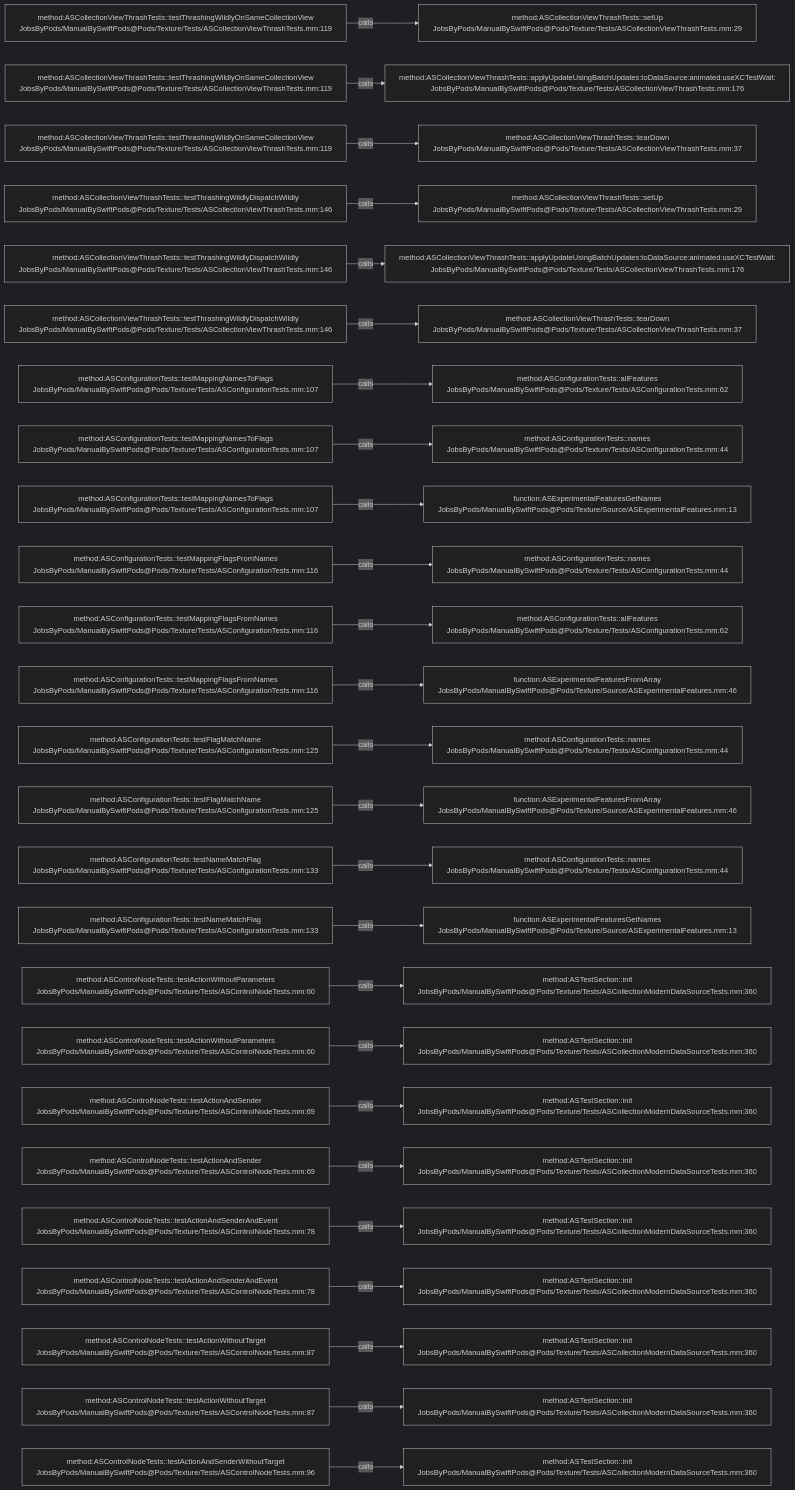
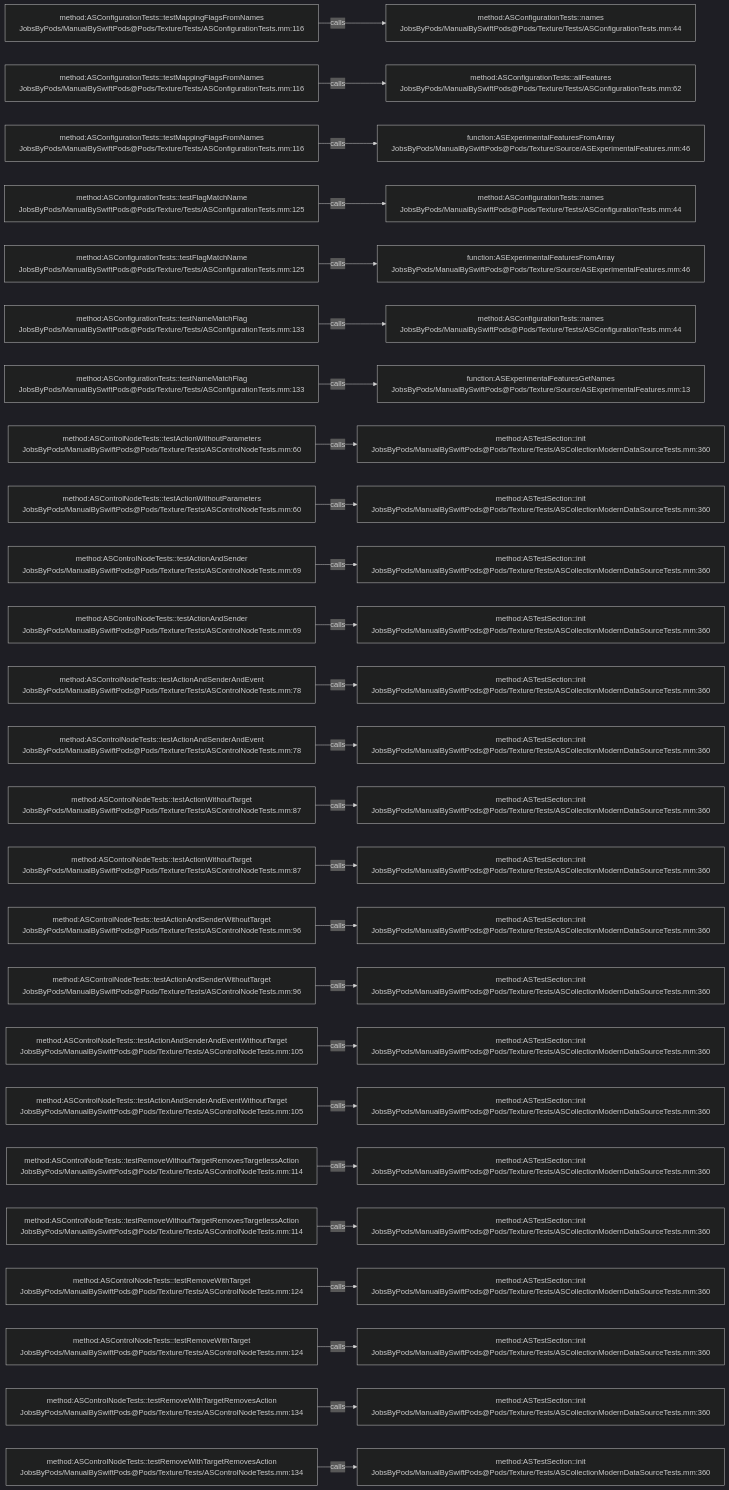
One commit to JobsKits/JobsSwiftBaseConfigDemo changed the diagram in .codegraph/codegraph.md/graphs/calls-175.md. Above: the diagram before and after it, drawn with Mermaid (dark theme). The commit also changed 707 other files, not shown here.

````diff
--- a/.codegraph/codegraph.md/graphs/calls-175.md
+++ b/.codegraph/codegraph.md/graphs/calls-175.md
@@ -13,78 +13,78 @@
 ```mermaid
 flowchart LR
-  S1["method:ASCollectionViewThrashTests::testThrashingWildlyOnSameCollectionView<br/>JobsByPods/ManualBySwiftPods@Pods/Texture/Tests/ASCollectionViewThrashTests.mm:119"]
-  T1["method:ASCollectionViewThrashTests::setUp<br/>JobsByPods/ManualBySwiftPods@Pods/Texture/Tests/ASCollectionViewThrashTests.mm:29"]
+  S1["method:ASConfigurationTests::testMappingFlagsFromNames<br/>JobsByPods/ManualBySwiftPods@Pods/Texture/Tests/ASConfigurationTests.mm:116"]
+  T1["method:ASConfigurationTests::names<br/>JobsByPods/ManualBySwiftPods@Pods/Texture/Tests/ASConfigurationTests.mm:44"]
   S1 -->|calls| T1
-  S2["method:ASCollectionViewThrashTests::testThrashingWildlyOnSameCollectionView<br/>JobsByPods/ManualBySwiftPods@Pods/Texture/Tests/ASCollectionViewThrashTests.mm:119"]
-  T2["method:ASCollectionViewThrashTests::applyUpdateUsingBatchUpdates:toDataSource:animated:useXCTestWait:<br/>JobsByPods/ManualBySwiftPods@Pods/Texture/Tests/ASCollectionViewThrashTests.mm:176"]
+  S2["method:ASConfigurationTests::testMappingFlagsFromNames<br/>JobsByPods/ManualBySwiftPods@Pods/Texture/Tests/ASConfigurationTests.mm:116"]
+  T2["method:ASConfigurationTests::allFeatures<br/>JobsByPods/ManualBySwiftPods@Pods/Texture/Tests/ASConfigurationTests.mm:62"]
   S2 -->|calls| T2
-  S3["method:ASCollectionViewThrashTests::testThrashingWildlyOnSameCollectionView<br/>JobsByPods/ManualBySwiftPods@Pods/Texture/Tests/ASCollectionViewThrashTests.mm:119"]
-  T3["method:ASCollectionViewThrashTests::tearDown<br/>JobsByPods/ManualBySwiftPods@Pods/Texture/Tests/ASCollectionViewThrashTests.mm:37"]
+  S3["method:ASConfigurationTests::testMappingFlagsFromNames<br/>JobsByPods/ManualBySwiftPods@Pods/Texture/Tests/ASConfigurationTests.mm:116"]
+  T3["function:ASExperimentalFeaturesFromArray<br/>JobsByPods/ManualBySwiftPods@Pods/Texture/Source/ASExperimentalFeatures.mm:46"]
   S3 -->|calls| T3
-  S4["method:ASCollectionViewThrashTests::testThrashingWildlyDispatchWildly<br/>JobsByPods/ManualBySwiftPods@Pods/Texture/Tests/ASCollectionViewThrashTests.mm:146"]
-  T4["method:ASCollectionViewThrashTests::setUp<br/>JobsByPods/ManualBySwiftPods@Pods/Texture/Tests/ASCollectionViewThrashTests.mm:29"]
+  S4["method:ASConfigurationTests::testFlagMatchName<br/>JobsByPods/ManualBySwiftPods@Pods/Texture/Tests/ASConfigurationTests.mm:125"]
+  T4["method:ASConfigurationTests::names<br/>JobsByPods/ManualBySwiftPods@Pods/Texture/Tests/ASConfigurationTests.mm:44"]
   S4 -->|calls| T4
-  S5["method:ASCollectionViewThrashTests::testThrashingWildlyDispatchWildly<br/>JobsByPods/ManualBySwiftPods@Pods/Texture/Tests/ASCollectionViewThrashTests.mm:146"]
-  T5["method:ASCollectionViewThrashTests::applyUpdateUsingBatchUpdates:toDataSource:animated:useXCTestWait:<br/>JobsByPods/ManualBySwiftPods@Pods/Texture/Tests/ASCollectionViewThrashTests.mm:176"]
+  S5["method:ASConfigurationTests::testFlagMatchName<br/>JobsByPods/ManualBySwiftPods@Pods/Texture/Tests/ASConfigurationTests.mm:125"]
+  T5["function:ASExperimentalFeaturesFromArray<br/>JobsByPods/ManualBySwiftPods@Pods/Texture/Source/ASExperimentalFeatures.mm:46"]
   S5 -->|calls| T5
-  S6["method:ASCollectionViewThrashTests::testThrashingWildlyDispatchWildly<br/>JobsByPods/ManualBySwiftPods@Pods/Texture/Tests/ASCollectionViewThrashTests.mm:146"]
-  T6["method:ASCollectionViewThrashTests::tearDown<br/>JobsByPods/ManualBySwiftPods@Pods/Texture/Tests/ASCollectionViewThrashTests.mm:37"]
+  S6["method:ASConfigurationTests::testNameMatchFlag<br/>JobsByPods/ManualBySwiftPods@Pods/Texture/Tests/ASConfigurationTests.mm:133"]
+  T6["method:ASConfigurationTests::names<br/>JobsByPods/ManualBySwiftPods@Pods/Texture/Tests/ASConfigurationTests.mm:44"]
   S6 -->|calls| T6
-  S7["method:ASConfigurationTests::testMappingNamesToFlags<br/>JobsByPods/ManualBySwiftPods@Pods/Texture/Tests/ASConfigurationTests.mm:107"]
-  T7["method:ASConfigurationTests::allFeatures<br/>JobsByPods/ManualBySwiftPods@Pods/Texture/Tests/ASConfigurationTests.mm:62"]
+  S7["method:ASConfigurationTests::testNameMatchFlag<br/>JobsByPods/ManualBySwiftPods@Pods/Texture/Tests/ASConfigurationTests.mm:133"]
+  T7["function:ASExperimentalFeaturesGetNames<br/>JobsByPods/ManualBySwiftPods@Pods/Texture/Source/ASExperimentalFeatures.mm:13"]
   S7 -->|calls| T7
-  S8["method:ASConfigurationTests::testMappingNamesToFlags<br/>JobsByPods/ManualBySwiftPods@Pods/Texture/Tests/ASConfigurationTests.mm:107"]
-  T8["method:ASConfigurationTests::names<br/>JobsByPods/ManualBySwiftPods@Pods/Texture/Tests/ASConfigurationTests.mm:44"]
+  S8["method:ASControlNodeTests::testActionWithoutParameters<br/>JobsByPods/ManualBySwiftPods@Pods/Texture/Tests/ASControlNodeTests.mm:60"]
+  T8["method:ASTestSection::init<br/>JobsByPods/ManualBySwiftPods@Pods/Texture/Tests/ASCollectionModernDataSourceTests.mm:360"]
   S8 -->|calls| T8
-  S9["method:ASConfigurationTests::testMappingNamesToFlags<br/>JobsByPods/ManualBySwiftPods@Pods/Texture/Tests/ASConfigurationTests.mm:107"]
-  T9["function:ASExperimentalFeaturesGetNames<br/>JobsByPods/ManualBySwiftPods@Pods/Texture/Source/ASExperimentalFeatures.mm:13"]
+  S9["method:ASControlNodeTests::testActionWithoutParameters<br/>JobsByPods/ManualBySwiftPods@Pods/Texture/Tests/ASControlNodeTests.mm:60"]
+  T9["method:ASTestSection::init<br/>JobsByPods/ManualBySwiftPods@Pods/Texture/Tests/ASCollectionModernDataSourceTests.mm:360"]
   S9 -->|calls| T9
-  S10["method:ASConfigurationTests::testMappingFlagsFromNames<br/>JobsByPods/ManualBySwiftPods@Pods/Texture/Tests/ASConfigurationTests.mm:116"]
-  T10["method:ASConfigurationTests::names<br/>JobsByPods/ManualBySwiftPods@Pods/Texture/Tests/ASConfigurationTests.mm:44"]
+  S10["method:ASControlNodeTests::testActionAndSender<br/>JobsByPods/ManualBySwiftPods@Pods/Texture/Tests/ASControlNodeTests.mm:69"]
+  T10["method:ASTestSection::init<br/>JobsByPods/ManualBySwiftPods@Pods/Texture/Tests/ASCollectionModernDataSourceTests.mm:360"]
   S10 -->|calls| T10
-  S11["method:ASConfigurationTests::testMappingFlagsFromNames<br/>JobsByPods/ManualBySwiftPods@Pods/Texture/Tests/ASConfigurationTests.mm:116"]
-  T11["method:ASConfigurationTests::allFeatures<br/>JobsByPods/ManualBySwiftPods@Pods/Texture/Tests/ASConfigurationTests.mm:62"]
+  S11["method:ASControlNodeTests::testActionAndSender<br/>JobsByPods/ManualBySwiftPods@Pods/Texture/Tests/ASControlNodeTests.mm:69"]
+  T11["method:ASTestSection::init<br/>JobsByPods/ManualBySwiftPods@Pods/Texture/Tests/ASCollectionModernDataSourceTests.mm:360"]
   S11 -->|calls| T11
-  S12["method:ASConfigurationTests::testMappingFlagsFromNames<br/>JobsByPods/ManualBySwiftPods@Pods/Texture/Tests/ASConfigurationTests.mm:116"]
-  T12["function:ASExperimentalFeaturesFromArray<br/>JobsByPods/ManualBySwiftPods@Pods/Texture/Source/ASExperimentalFeatures.mm:46"]
+  S12["method:ASControlNodeTests::testActionAndSenderAndEvent<br/>JobsByPods/ManualBySwiftPods@Pods/Texture/Tests/ASControlNodeTests.mm:78"]
+  T12["method:ASTestSection::init<br/>JobsByPods/ManualBySwiftPods@Pods/Texture/Tests/ASCollectionModernDataSourceTests.mm:360"]
   S12 -->|calls| T12
-  S13["method:ASConfigurationTests::testFlagMatchName<br/>JobsByPods/ManualBySwiftPods@Pods/Texture/Tests/ASConfigurationTests.mm:125"]
-  T13["method:ASConfigurationTests::names<br/>JobsByPods/ManualBySwiftPods@Pods/Texture/Tests/ASConfigurationTests.mm:44"]
+  S13["method:ASControlNodeTests::testActionAndSenderAndEvent<br/>JobsByPods/ManualBySwiftPods@Pods/Texture/Tests/ASControlNodeTests.mm:78"]
+  T13["method:ASTestSection::init<br/>JobsByPods/ManualBySwiftPods@Pods/Texture/Tests/ASCollectionModernDataSourceTests.mm:360"]
   S13 -->|calls| T13
-  S14["method:ASConfigurationTests::testFlagMatchName<br/>JobsByPods/ManualBySwiftPods@Pods/Texture/Tests/ASConfigurationTests.mm:125"]
-  T14["function:ASExperimentalFeaturesFromArray<br/>JobsByPods/ManualBySwiftPods@Pods/Texture/Source/ASExperimentalFeatures.mm:46"]
+  S14["method:ASControlNodeTests::testActionWithoutTarget<br/>JobsByPods/ManualBySwiftPods@Pods/Texture/Tests/ASControlNodeTests.mm:87"]
+  T14["method:ASTestSection::init<br/>JobsByPods/ManualBySwiftPods@Pods/Texture/Tests/ASCollectionModernDataSourceTests.mm:360"]
   S14 -->|calls| T14
-  S15["method:ASConfigurationTests::testNameMatchFlag<br/>JobsByPods/ManualBySwiftPods@Pods/Texture/Tests/ASConfigurationTests.mm:133"]
-  T15["method:ASConfigurationTests::names<br/>JobsByPods/ManualBySwiftPods@Pods/Texture/Tests/ASConfigurationTests.mm:44"]
+  S15["method:ASControlNodeTests::testActionWithoutTarget<br/>JobsByPods/ManualBySwiftPods@Pods/Texture/Tests/ASControlNodeTests.mm:87"]
+  T15["method:ASTestSection::init<br/>JobsByPods/ManualBySwiftPods@Pods/Texture/Tests/ASCollectionModernDataSourceTests.mm:360"]
   S15 -->|calls| T15
-  S16["method:ASConfigurationTests::testNameMatchFlag<br/>JobsByPods/ManualBySwiftPods@Pods/Texture/Tests/ASConfigurationTests.mm:133"]
-  T16["function:ASExperimentalFeaturesGetNames<br/>JobsByPods/ManualBySwiftPods@Pods/Texture/Source/ASExperimentalFeatures.mm:13"]
+  S16["method:ASControlNodeTests::testActionAndSenderWithoutTarget<br/>JobsByPods/ManualBySwiftPods@Pods/Texture/Tests/ASControlNodeTests.mm:96"]
+  T16["method:ASTestSection::init<br/>JobsByPods/ManualBySwiftPods@Pods/Texture/Tests/ASCollectionModernDataSourceTests.mm:360"]
   S16 -->|calls| T16
-  S17["method:ASControlNodeTests::testActionWithoutParameters<br/>JobsByPods/ManualBySwiftPods@Pods/Texture/Tests/ASControlNodeTests.mm:60"]
+  S17["method:ASControlNodeTests::testActionAndSenderWithoutTarget<br/>JobsByPods/ManualBySwiftPods@Pods/Texture/Tests/ASControlNodeTests.mm:96"]
   T17["method:ASTestSection::init<br/>JobsByPods/ManualBySwiftPods@Pods/Texture/Tests/ASCollectionModernDataSourceTests.mm:360"]
   S17 -->|calls| T17
-  S18["method:ASControlNodeTests::testActionWithoutParameters<br/>JobsByPods/ManualBySwiftPods@Pods/Texture/Tests/ASControlNodeTests.mm:60"]
+  S18["method:ASControlNodeTests::testActionAndSenderAndEventWithoutTarget<br/>JobsByPods/ManualBySwiftPods@Pods/Texture/Tests/ASControlNodeTests.mm:105"]
   T18["method:ASTestSection::init<br/>JobsByPods/ManualBySwiftPods@Pods/Texture/Tests/ASCollectionModernDataSourceTests.mm:360"]
   S18 -->|calls| T18
-  S19["method:ASControlNodeTests::testActionAndSender<br/>JobsByPods/ManualBySwiftPods@Pods/Texture/Tests/ASControlNodeTests.mm:69"]
+  S19["method:ASControlNodeTests::testActionAndSenderAndEventWithoutTarget<br/>JobsByPods/ManualBySwiftPods@Pods/Texture/Tests/ASControlNodeTests.mm:105"]
   T19["method:ASTestSection::init<br/>JobsByPods/ManualBySwiftPods@Pods/Texture/Tests/ASCollectionModernDataSourceTests.mm:360"]
   S19 -->|calls| T19
-  S20["method:ASControlNodeTests::testActionAndSender<br/>JobsByPods/ManualBySwiftPods@Pods/Texture/Tests/ASControlNodeTests.mm:69"]
+  S20["method:ASControlNodeTests::testRemoveWithoutTargetRemovesTargetlessAction<br/>JobsByPods/ManualBySwiftPods@Pods/Texture/Tests/ASControlNodeTests.mm:114"]
   T20["method:ASTestSection::init<br/>JobsByPods/ManualBySwiftPods@Pods/Texture/Tests/ASCollectionModernDataSourceTests.mm:360"]
   S20 -->|calls| T20
-  S21["method:ASControlNodeTests::testActionAndSenderAndEvent<br/>JobsByPods/ManualBySwiftPods@Pods/Texture/Tests/ASControlNodeTests.mm:78"]
+  S21["method:ASControlNodeTests::testRemoveWithoutTargetRemovesTargetlessAction<br/>JobsByPods/ManualBySwiftPods@Pods/Texture/Tests/ASControlNodeTests.mm:114"]
   T21["method:ASTestSection::init<br/>JobsByPods/ManualBySwiftPods@Pods/Texture/Tests/ASCollectionModernDataSourceTests.mm:360"]
   S21 -->|calls| T21
-  S22["method:ASControlNodeTests::testActionAndSenderAndEvent<br/>JobsByPods/ManualBySwiftPods@Pods/Texture/Tests/ASControlNodeTests.mm:78"]
+  S22["method:ASControlNodeTests::testRemoveWithTarget<br/>JobsByPods/ManualBySwiftPods@Pods/Texture/Tests/ASControlNodeTests.mm:124"]
   T22["method:ASTestSection::init<br/>JobsByPods/ManualBySwiftPods@Pods/Texture/Tests/ASCollectionModernDataSourceTests.mm:360"]
   S22 -->|calls| T22
-  S23["method:ASControlNodeTests::testActionWithoutTarget<br/>JobsByPods/ManualBySwiftPods@Pods/Texture/Tests/ASControlNodeTests.mm:87"]
+  S23["method:ASControlNodeTests::testRemoveWithTarget<br/>JobsByPods/ManualBySwiftPods@Pods/Texture/Tests/ASControlNodeTests.mm:124"]
   T23["method:ASTestSection::init<br/>JobsByPods/ManualBySwiftPods@Pods/Texture/Tests/ASCollectionModernDataSourceTests.mm:360"]
   S23 -->|calls| T23
-  S24["method:ASControlNodeTests::testActionWithoutTarget<br/>JobsByPods/ManualBySwiftPods@Pods/Texture/Tests/ASControlNodeTests.mm:87"]
+  S24["method:ASControlNodeTests::testRemoveWithTargetRemovesAction<br/>JobsByPods/ManualBySwiftPods@Pods/Texture/Tests/ASControlNodeTests.mm:134"]
   T24["method:ASTestSection::init<br/>JobsByPods/ManualBySwiftPods@Pods/Texture/Tests/ASCollectionModernDataSourceTests.mm:360"]
   S24 -->|calls| T24
-  S25["method:ASControlNodeTests::testActionAndSenderWithoutTarget<br/>JobsByPods/ManualBySwiftPods@Pods/Texture/Tests/ASControlNodeTests.mm:96"]
+  S25["method:ASControlNodeTests::testRemoveWithTargetRemovesAction<br/>JobsByPods/ManualBySwiftPods@Pods/Texture/Tests/ASControlNodeTests.mm:134"]
   T25["method:ASTestSection::init<br/>JobsByPods/ManualBySwiftPods@Pods/Texture/Tests/ASCollectionModernDataSourceTests.mm:360"]
   S25 -->|calls| T25
 ```
````
